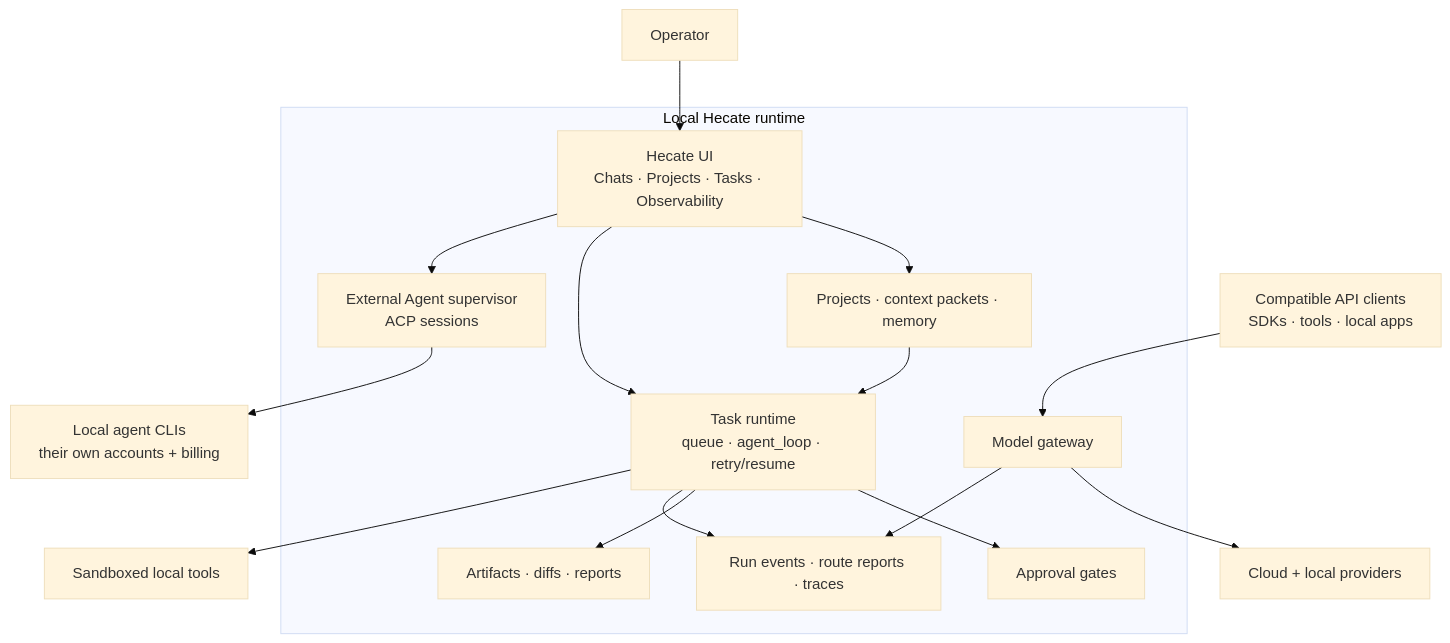
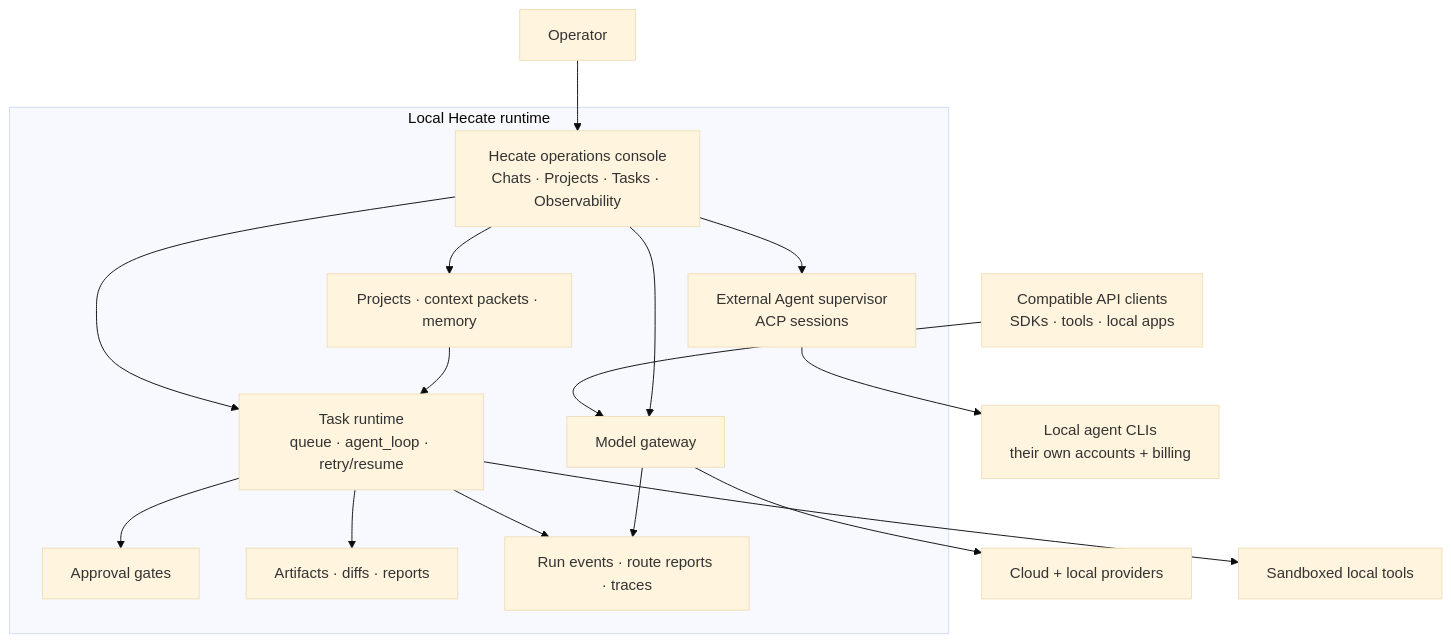
The first of 2 diagrams in README.md (hecatehq/hecate), drawn with Mermaid (base theme) before and after one commit. The commit also changed other lines of this file and 4 other files, not shown here.

````diff
--- a/README.md
+++ b/README.md
@@ -69,28 +75,29 @@
 ```mermaid
 flowchart TB
-    Operator["Operator"] --> UI["Hecate UI<br/>Chats · Projects · Tasks · Observability"]
+    Operator["Operator"] --> Console["Hecate operations console<br/>Chats · Projects · Tasks · Observability"]
     APIClients["Compatible API clients<br/>SDKs · tools · local apps"] --> Gateway["Model gateway"]
 
     subgraph Runtime["Local Hecate runtime"]
-        UI
+        Console
         Gateway
         Projects["Projects · context packets · memory"]
         Tasks["Task runtime<br/>queue · agent_loop · retry/resume"]
         Approvals["Approval gates"]
         Artifacts["Artifacts · diffs · reports"]
         Events["Run events · route reports · traces"]
         Adapters["External Agent supervisor<br/>ACP sessions"]
     end
 
     Gateway --> Providers["Cloud + local providers"]
-    UI --> Projects
-    UI --> Tasks
-    UI --> Adapters
+    Console --> Projects
+    Console --> Tasks
+    Console --> Adapters
+    Console --> Gateway
     Tasks --> Approvals
     Tasks --> Artifacts
     Tasks --> Events
     Tasks --> Tools["Sandboxed local tools"]
     Adapters --> ExternalCLIs["Local agent CLIs<br/>their own accounts + billing"]
     Projects --> Tasks
     Gateway --> Events
 ```
````
